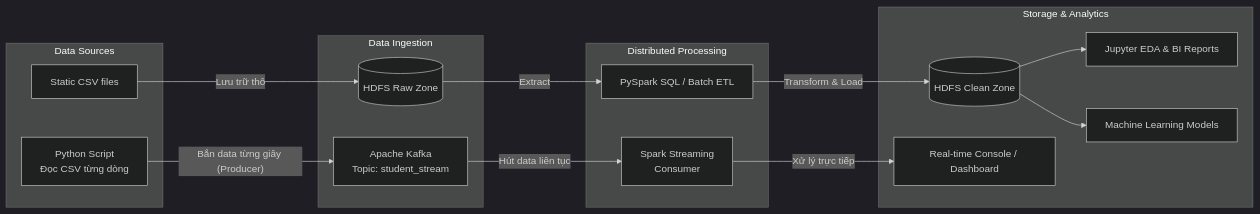
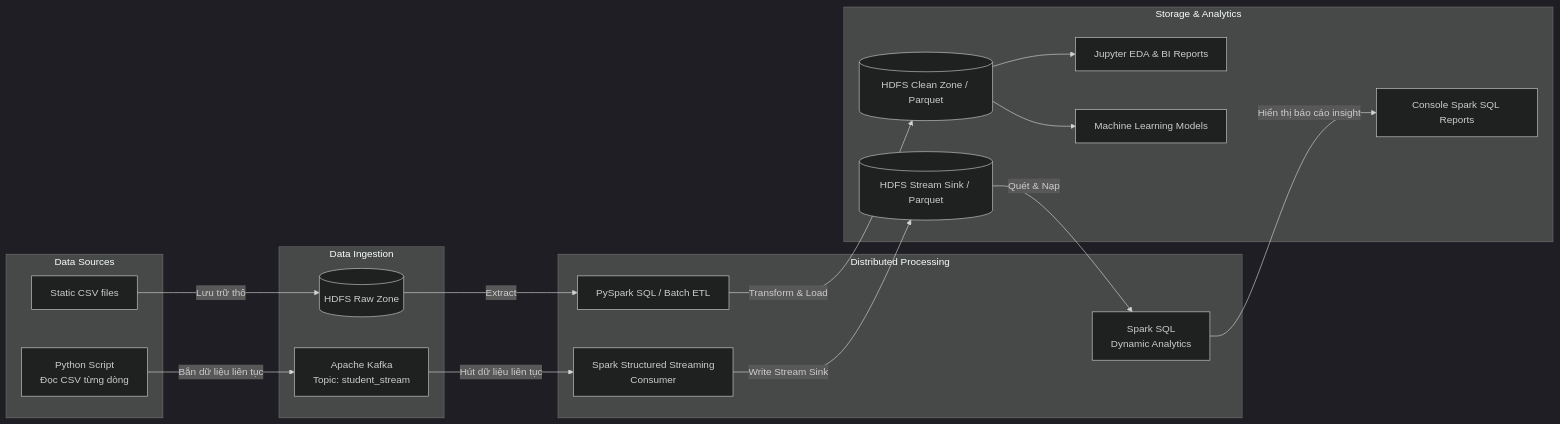
One commit to LeDoanPhu/BIGDATA changed the diagram in README.md. Above: the diagram before and after it, drawn with Mermaid (dark theme). The commit also changed other lines of this file, not shown here.

Commit message:
Cập nhật readme lần 1

````diff
--- a/README.md
+++ b/README.md
@@ -19,38 +26,42 @@
 ```mermaid
 graph LR
     subgraph Data Sources
         A1[Static CSV files]
         A2[Python Script <br> Đọc CSV từng dòng]
     end
 
     subgraph Data Ingestion
         B1[(HDFS Raw Zone)]
         B2[Apache Kafka <br> Topic: student_stream]
     end
 
     subgraph Distributed Processing
         C1[PySpark SQL / Batch ETL]
-        C2[Spark Streaming <br> Consumer]
+        C2[Spark Structured Streaming <br> Consumer]
+        C3[Spark SQL <br> Dynamic Analytics]
     end
 
     subgraph Storage & Analytics
-        D1[(HDFS Clean Zone)]
+        D1[(HDFS Clean Zone / Parquet)]
+        D2[(HDFS Stream Sink / Parquet)]
         E1[Jupyter EDA & BI Reports]
         E2[Machine Learning Models]
-        E3[Real-time Console / Dashboard]
+        E3[Console Spark SQL Reports]
     end
 
     %% Luồng Batch
     A1 --"Lưu trữ thô"--> B1
     B1 --"Extract"--> C1
     C1 --"Transform & Load"--> D1
     
     %% Luồng Streaming
-    A2 --"Bắn data từng giây (Producer)"--> B2
-    B2 --"Hút data liên tục"--> C2
-    C2 --"Xử lý trực tiếp"--> E3
-    
+    A2 --"Bắn dữ liệu liên tục"--> B2
+    B2 --"Hút dữ liệu liên tục"--> C2
+    C2 --"Write Stream Sink"--> D2
+    D2 --"Quét & Nạp"--> C3
+    C3 --"Hiển thị báo cáo insight"--> E3
+
     %% Phân tích & AI
     D1 --> E1
     D1 --> E2
 ```
````
